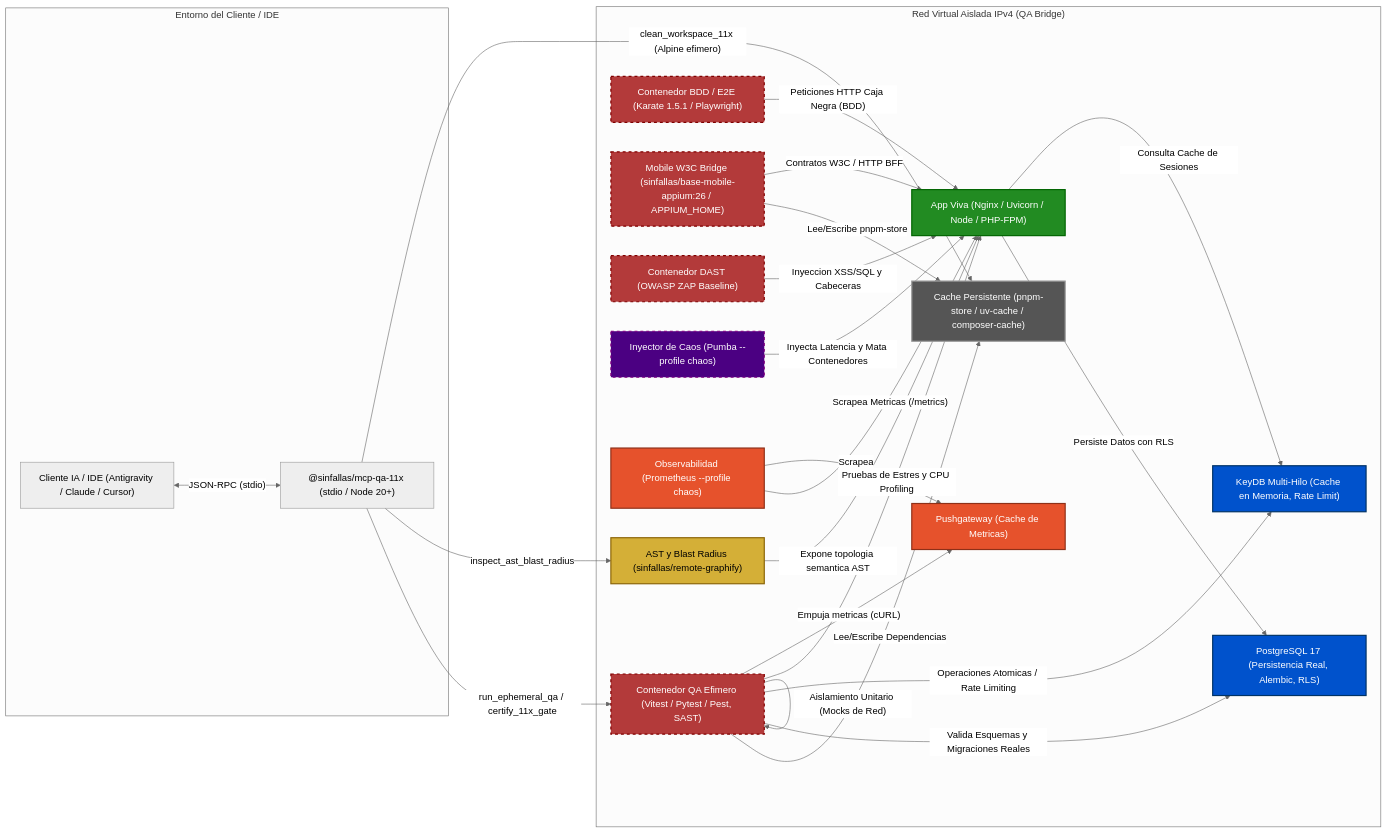
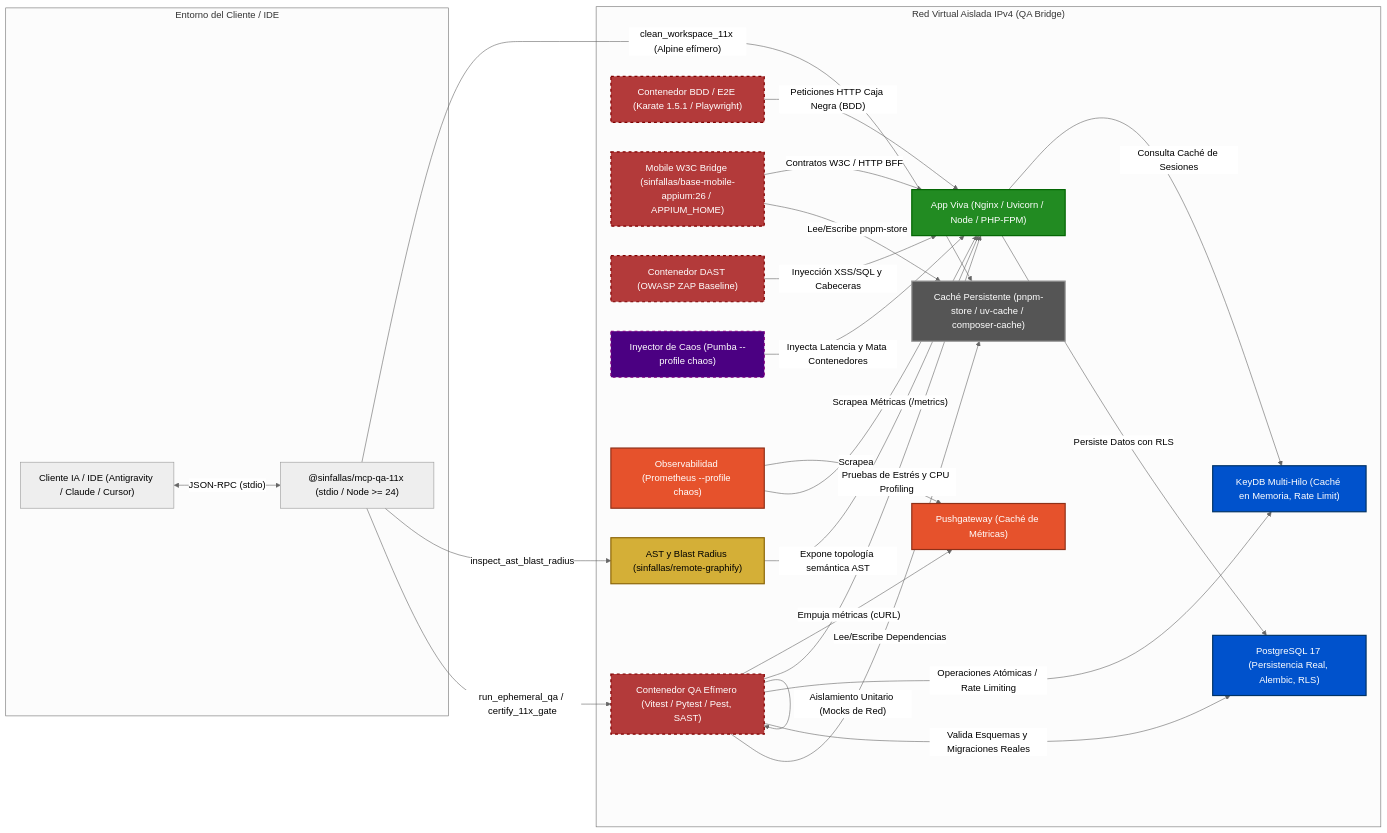
Before and after one commit to tecno-consultores/qa-testing-blueprints: the second of 3 diagrams in docs/ARCHITECTURE_C4.es.md, drawn with Mermaid (neutral theme). The commit also changed other lines of this file and 304 other files, not shown here.

````diff
--- a/docs/ARCHITECTURE_C4.es.md
+++ b/docs/ARCHITECTURE_C4.es.md
@@ -51,60 +51,60 @@
 ```mermaid
 flowchart LR
     subgraph ClientIDE["Entorno del Cliente / IDE"]
         Client["Cliente IA / IDE (Antigravity / Claude / Cursor)"]
-        MCPServer["@sinfallas/mcp-qa-11x (stdio / Node 20+)"]
+        MCPServer["@sinfallas/mcp-qa-11x (stdio / Node >= 24)"]
         Client <-->|"JSON-RPC (stdio)"| MCPServer
     end
 
     subgraph QABridge["Red Virtual Aislada IPv4 (QA Bridge)"]
         API["App Viva (Nginx / Uvicorn / Node / PHP-FPM)"]
-        Test["Contenedor QA Efimero (Vitest / Pytest / Pest, SAST)"]
+        Test["Contenedor QA Efímero (Vitest / Pytest / Pest, SAST)"]
         DB["PostgreSQL 17 (Persistencia Real, Alembic, RLS)"]
-        KeyDB["KeyDB Multi-Hilo (Cache en Memoria, Rate Limit)"]
+        KeyDB["KeyDB Multi-Hilo (Caché en Memoria, Rate Limit)"]
         Karate["Contenedor BDD / E2E (Karate 1.5.1 / Playwright)"]
         Mobile["Mobile W3C Bridge (sinfallas/base-mobile-appium:26 / APPIUM_HOME)"]
         ZAP["Contenedor DAST (OWASP ZAP Baseline)"]
         Pumba["Inyector de Caos (Pumba --profile chaos)"]
         Prometheus["Observabilidad (Prometheus --profile chaos)"]
-        PushGW["Pushgateway (Cache de Metricas)"]
+        PushGW["Pushgateway (Caché de Métricas)"]
         Graphify["AST y Blast Radius (sinfallas/remote-graphify)"]
-        Cache["Cache Persistente (pnpm-store / uv-cache / composer-cache)"]
+        Cache["Caché Persistente (pnpm-store / uv-cache / composer-cache)"]
     end
 
     MCPServer -->|"run_ephemeral_qa / certify_11x_gate"| Test
     MCPServer -->|"inspect_ast_blast_radius"| Graphify
-    MCPServer -->|"clean_workspace_11x (Alpine efimero)"| Cache
+    MCPServer -->|"clean_workspace_11x (Alpine efímero)"| Cache
 
     Test -->|"Lee/Escribe Dependencias"| Cache
     Test -->|"Aislamiento Unitario (Mocks de Red)"| Test
     Test -->|"Valida Esquemas y Migraciones Reales"| DB
-    Test -->|"Operaciones Atomicas / Rate Limiting"| KeyDB
+    Test -->|"Operaciones Atómicas / Rate Limiting"| KeyDB
     API -->|"Persiste Datos con RLS"| DB
-    API -->|"Consulta Cache de Sesiones"| KeyDB
-    Test -->|"Pruebas de Estres y CPU Profiling"| API
+    API -->|"Consulta Caché de Sesiones"| KeyDB
+    Test -->|"Pruebas de Estrés y CPU Profiling"| API
     Karate -->|"Peticiones HTTP Caja Negra (BDD)"| API
     Mobile -->|"Lee/Escribe pnpm-store"| Cache
     Mobile -->|"Contratos W3C / HTTP BFF"| API
-    ZAP -->|"Inyeccion XSS/SQL y Cabeceras"| API
+    ZAP -->|"Inyección XSS/SQL y Cabeceras"| API
     Pumba -->|"Inyecta Latencia y Mata Contenedores"| API
-    Test -->|"Empuja metricas (cURL)"| PushGW
-    Prometheus -->|"Scrapea Metricas (/metrics)"| API
+    Test -->|"Empuja métricas (cURL)"| PushGW
+    Prometheus -->|"Scrapea Métricas (/metrics)"| API
     Prometheus -->|"Scrapea"| PushGW
-    Graphify -->|"Expone topologia semantica AST"| API
+    Graphify -->|"Expone topología semántica AST"| API
 
     classDef ephemeral fill:#b33a3a,stroke:#800000,stroke-width:2px,color:#fff,stroke-dasharray: 5 5;
     classDef live fill:#228b22,stroke:#006400,stroke-width:2px,color:#fff;
     classDef chaos fill:#4b0082,stroke:#800080,stroke-width:2px,color:#fff,stroke-dasharray: 5 5;
     classDef ai fill:#d4af37,stroke:#8b6508,stroke-width:2px,color:#000;
     classDef obs fill:#e6522c,stroke:#8f3018,stroke-width:2px,color:#fff;
     classDef storage fill:#555,stroke:#999,stroke-width:2px,color:#fff;
     classDef datastore fill:#0052cc,stroke:#003366,stroke-width:2px,color:#fff;
 
     class Test,Karate,Mobile,ZAP ephemeral;
     class Pumba chaos;
     class API live;
     class DB,KeyDB datastore;
     class Graphify ai;
     class Prometheus,PushGW obs;
     class Cache storage;
 ```
````
